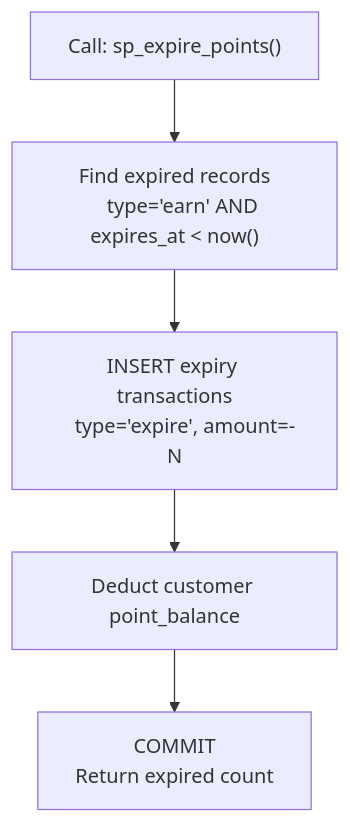
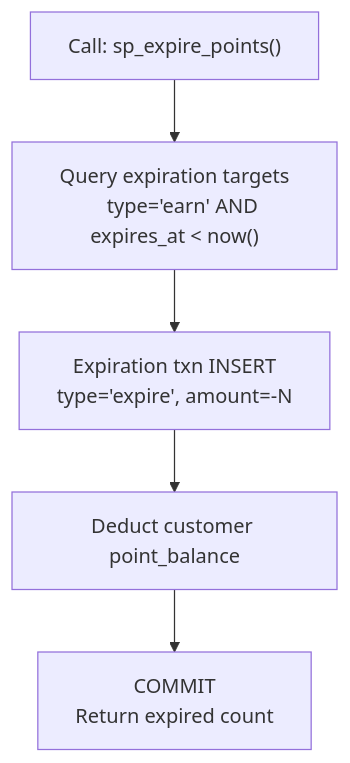
Before and after one commit to civilian7/sql-tutorial: the second of 15 diagrams in docs/en/schema/procedures.md, drawn with Mermaid. The commit also changed other lines of this file and 121 other files, not shown here.

````diff
--- a/docs/en/schema/procedures.md
+++ b/docs/en/schema/procedures.md
@@ -186,10 +201,10 @@
 ```mermaid
 flowchart TD
-    A["Call: sp_expire_points()"] --> B["Find expired records
+    A["Call: sp_expire_points()"] --> B["Query expiration targets
     type='earn' AND expires_at < now()"]
-    B --> C["INSERT expiry transactions
+    B --> C["Expiration txn INSERT
     type='expire', amount=-N"]
     C --> D["Deduct customer point_balance"]
     D --> E["COMMIT
     Return expired count"]
 ```
````
